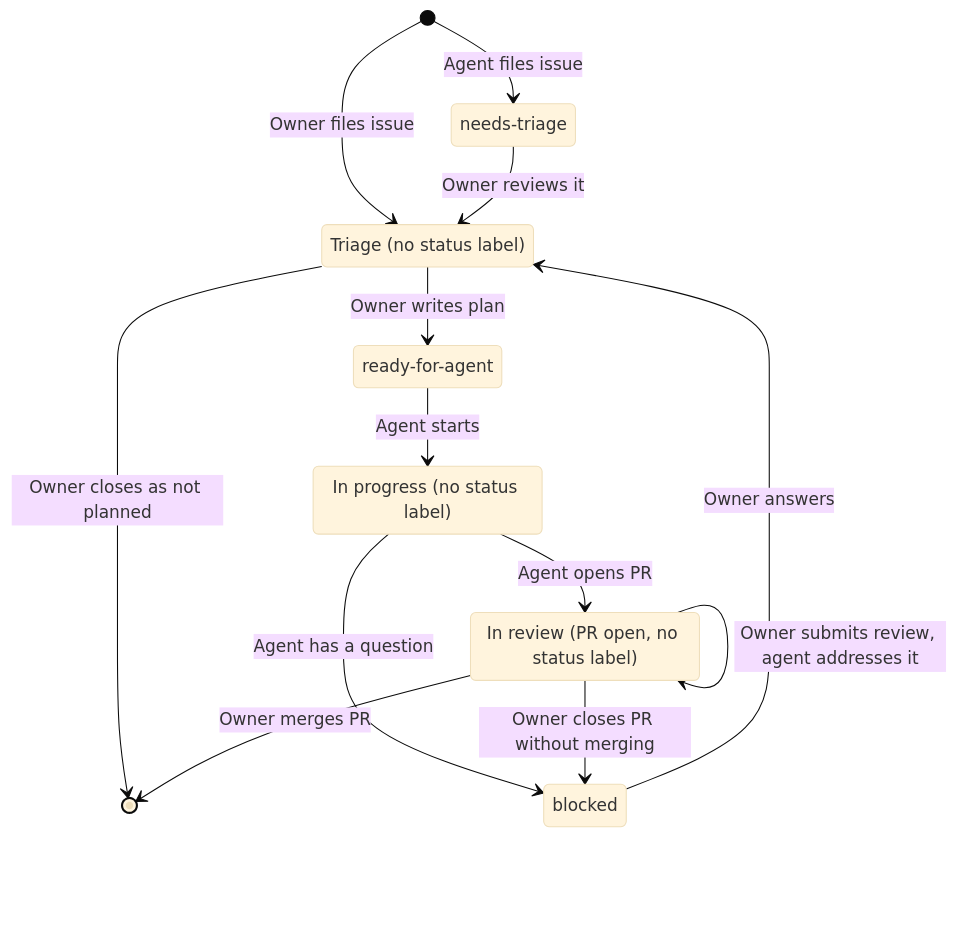
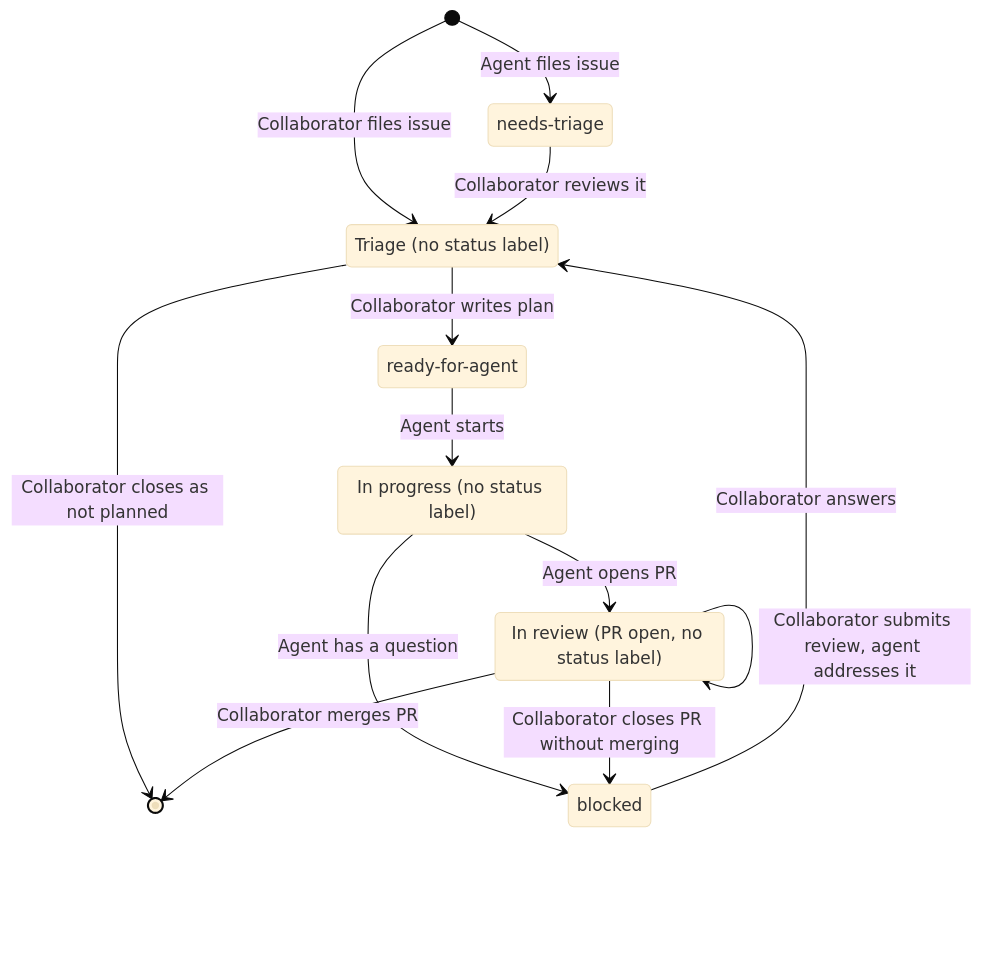
One commit to okorz001/flashcards changed the diagram in docs/agent-workflow.md. Above: the diagram before and after it, drawn with Mermaid (base theme). The commit also changed other lines of this file, not shown here.

Commit message:
Use collaborator instead of owner in workflow doc

````diff
--- a/docs/agent-workflow.md
+++ b/docs/agent-workflow.md
@@ -31,22 +31,22 @@
 ```mermaid
 stateDiagram-v2
     [*] --> NeedsTriage: Agent files issue
-    [*] --> Triage: Owner files issue
-    NeedsTriage --> Triage: Owner reviews it
-    Triage --> ReadyForAgent: Owner writes plan
-    Triage --> [*]: Owner closes as not planned
+    [*] --> Triage: Collaborator files issue
+    NeedsTriage --> Triage: Collaborator reviews it
+    Triage --> ReadyForAgent: Collaborator writes plan
+    Triage --> [*]: Collaborator closes as not planned
     ReadyForAgent --> InProgress: Agent starts
     InProgress --> Blocked: Agent has a question
     InProgress --> InReview: Agent opens PR
-    InReview --> InReview: Owner submits review, agent addresses it
-    InReview --> Blocked: Owner closes PR without merging
-    InReview --> [*]: Owner merges PR
-    Blocked --> Triage: Owner answers
+    InReview --> InReview: Collaborator submits review, agent addresses it
+    InReview --> Blocked: Collaborator closes PR without merging
+    InReview --> [*]: Collaborator merges PR
+    Blocked --> Triage: Collaborator answers
 
     NeedsTriage: needs-triage
     Triage: Triage (no status label)
     ReadyForAgent: ready-for-agent
     InProgress: In progress (no status label)
     Blocked: blocked
     InReview: In review (PR open, no status label)
 ```
````
